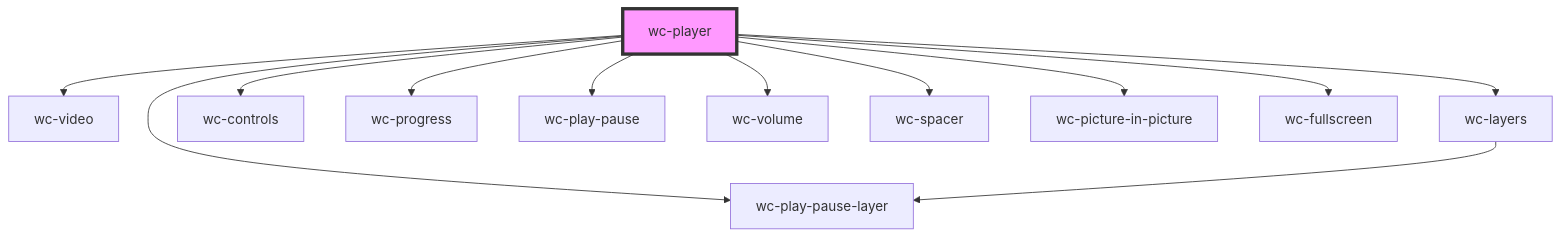
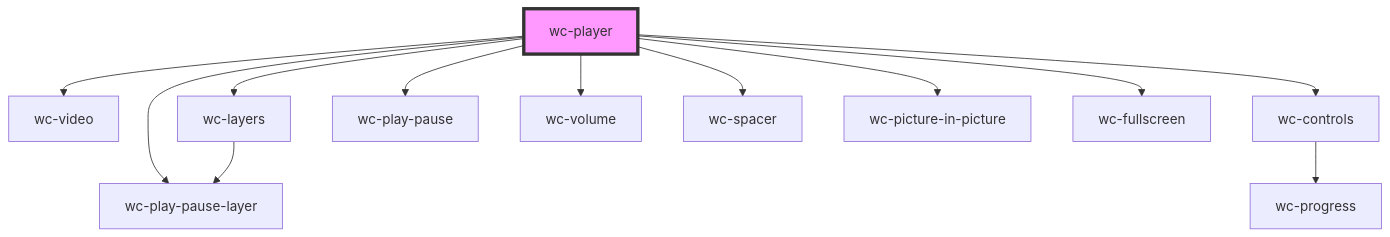
Before and after one commit to iChengbo/wcplayer: the diagram in packages/wcplayer-components/src/components/wc-player/readme.md, drawn with Mermaid. The commit also changed other lines of this file and 9 other files, not shown here.

Commit message:
feat: move wc-progress into wc-controls

````diff
--- a/packages/wcplayer-components/src/components/wc-player/readme.md
+++ b/packages/wcplayer-components/src/components/wc-player/readme.md
@@ -47,15 +46,15 @@
 ```mermaid
 graph TD;
   wc-player --> wc-video
   wc-player --> wc-layers
   wc-player --> wc-play-pause-layer
   wc-player --> wc-controls
-  wc-player --> wc-progress
   wc-player --> wc-play-pause
   wc-player --> wc-volume
   wc-player --> wc-spacer
   wc-player --> wc-picture-in-picture
   wc-player --> wc-fullscreen
   wc-layers --> wc-play-pause-layer
+  wc-controls --> wc-progress
   style wc-player fill:#f9f,stroke:#333,stroke-width:4px
 ```
````
